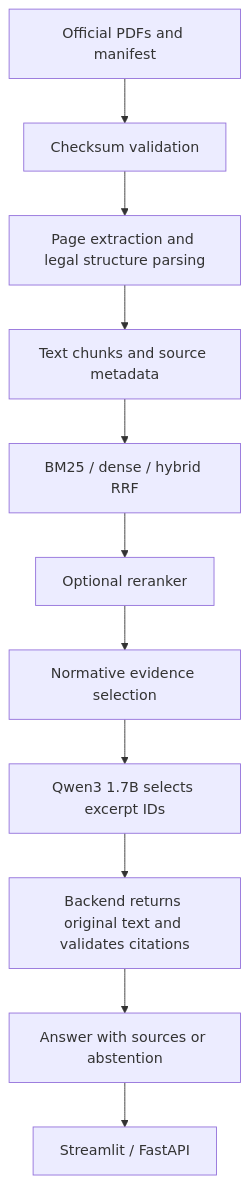
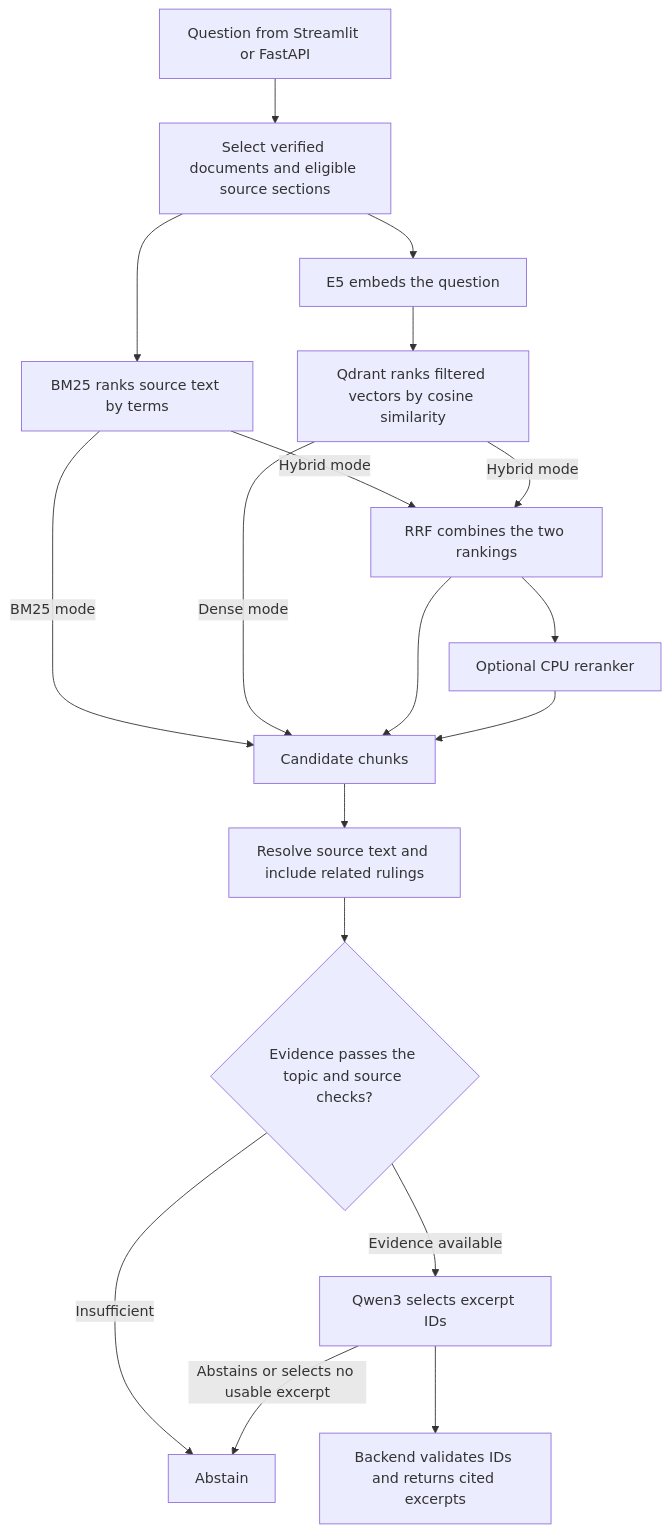
Before and after one commit to Awee3/regulaRAG: the second of 2 diagrams in docs/portfolio/report.md, drawn with Mermaid. The commit also changed other lines of this file and 18 other files, not shown here.

````diff
--- a/docs/portfolio/report.md
+++ b/docs/portfolio/report.md
@@ -20,13 +27,20 @@
 ```mermaid
 flowchart TD
-    A[Official PDFs and manifest] --> B[Checksum validation]
-    B --> C[Page extraction and legal structure parsing]
-    C --> D[Text chunks and source metadata]
-    D --> E[BM25 / dense / hybrid RRF]
-    E --> F[Optional reranker]
-    F --> G[Normative evidence selection]
-    G --> H[Qwen3 1.7B selects excerpt IDs]
-    H --> I[Backend returns original text and validates citations]
-    I --> J[Answer with sources or abstention]
-    J --> K[Streamlit / FastAPI]
+    A["Question from Streamlit or FastAPI"] --> B["Select verified documents and eligible source sections"]
+    B --> C["BM25 ranks source text by terms"]
+    B --> D["E5 embeds the question"]
+    D --> E["Qdrant ranks filtered vectors by cosine similarity"]
+    C -->|BM25 mode| G["Candidate chunks"]
+    E -->|Dense mode| G
+    C -->|Hybrid mode| F["RRF combines the two rankings"]
+    E -->|Hybrid mode| F
+    F --> G
+    F --> R["Optional CPU reranker"]
+    R --> G
+    G --> H["Resolve source text and include related rulings"]
+    H --> I{"Evidence passes the topic and source checks?"}
+    I -->|Insufficient| J["Abstain"]
+    I -->|Evidence available| K["Qwen3 selects excerpt IDs"]
+    K -->|Abstains or selects no usable excerpt| J
+    K --> L["Backend validates IDs and returns cited excerpts"]
 ```
````
